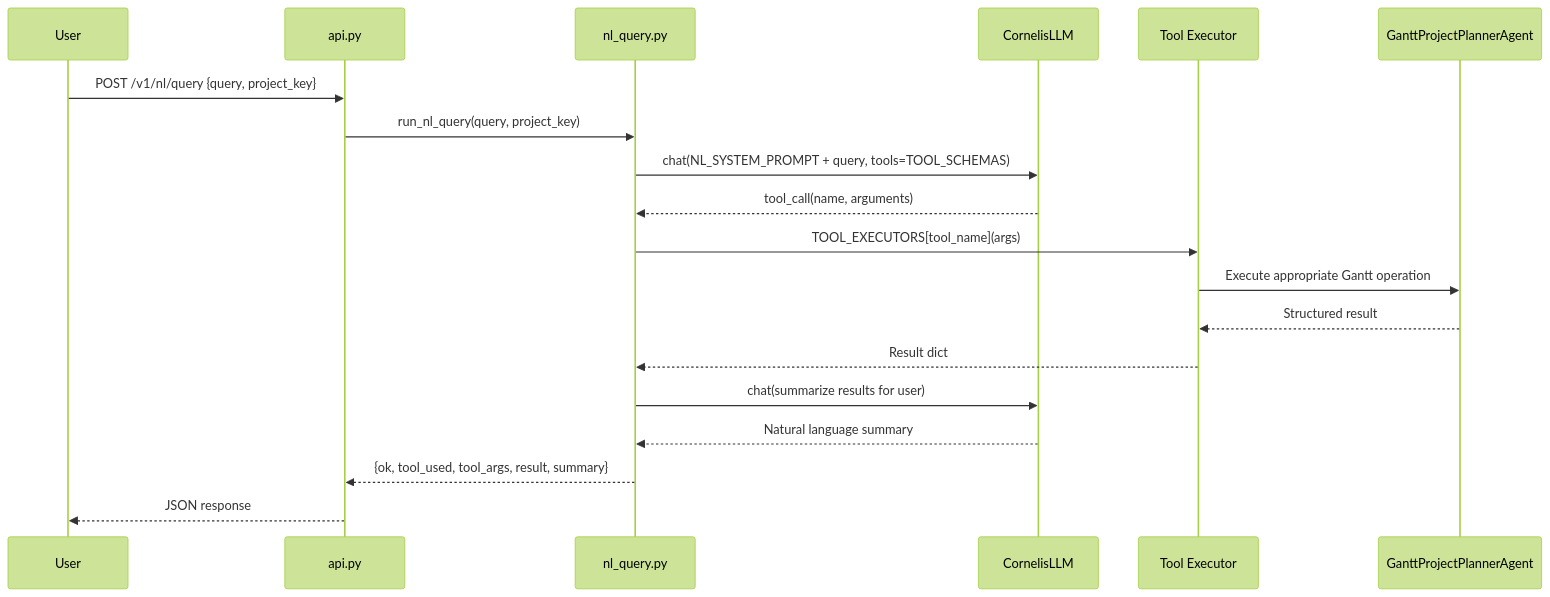
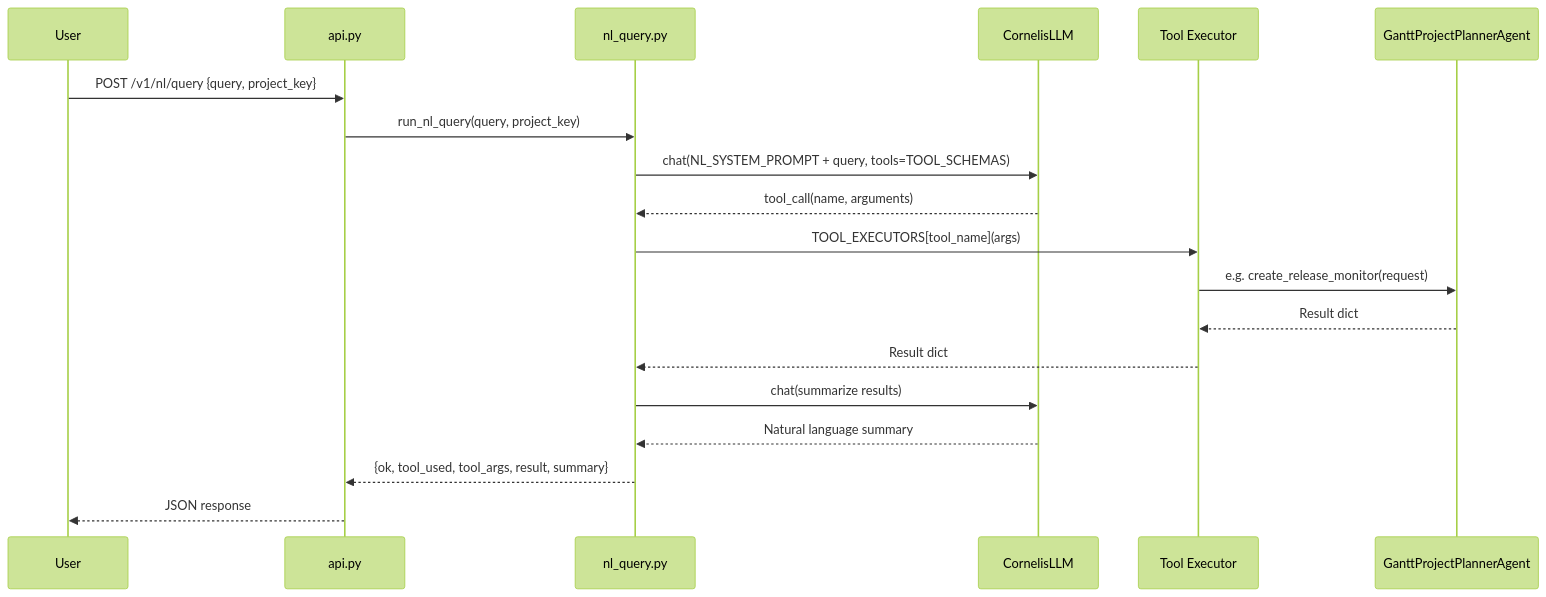
One commit to jmac-cornelis/agent-workforce changed the fourth of 4 diagrams in docs/agents-gantt.md. Above: the diagram before and after it, drawn with Mermaid (forest theme). The commit also changed other lines of this file and 8 other files, not shown here.

````diff
--- a/docs/agents-gantt.md
+++ b/docs/agents-gantt.md
@@ -149,22 +130,22 @@
 ```mermaid
 sequenceDiagram
     participant User
     participant API as api.py
     participant NL as nl_query.py
     participant LLM as CornelisLLM
     participant Executor as Tool Executor
     participant Agent as GanttProjectPlannerAgent
 
     User->>API: POST /v1/nl/query {query, project_key}
     API->>NL: run_nl_query(query, project_key)
     NL->>LLM: chat(NL_SYSTEM_PROMPT + query, tools=TOOL_SCHEMAS)
     LLM-->>NL: tool_call(name, arguments)
     NL->>Executor: TOOL_EXECUTORS[tool_name](args)
-    Executor->>Agent: Execute appropriate Gantt operation
-    Agent-->>Executor: Structured result
+    Executor->>Agent: e.g. create_release_monitor(request)
+    Agent-->>Executor: Result dict
     Executor-->>NL: Result dict
-    NL->>LLM: chat(summarize results for user)
+    NL->>LLM: chat(summarize results)
     LLM-->>NL: Natural language summary
     NL-->>API: {ok, tool_used, tool_args, result, summary}
     API-->>User: JSON response
 ```
````
